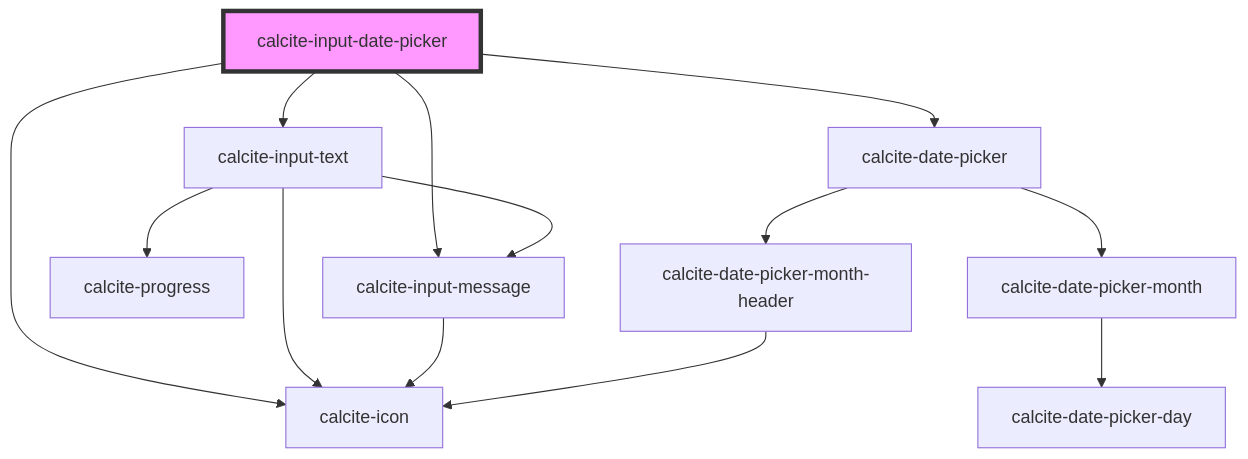
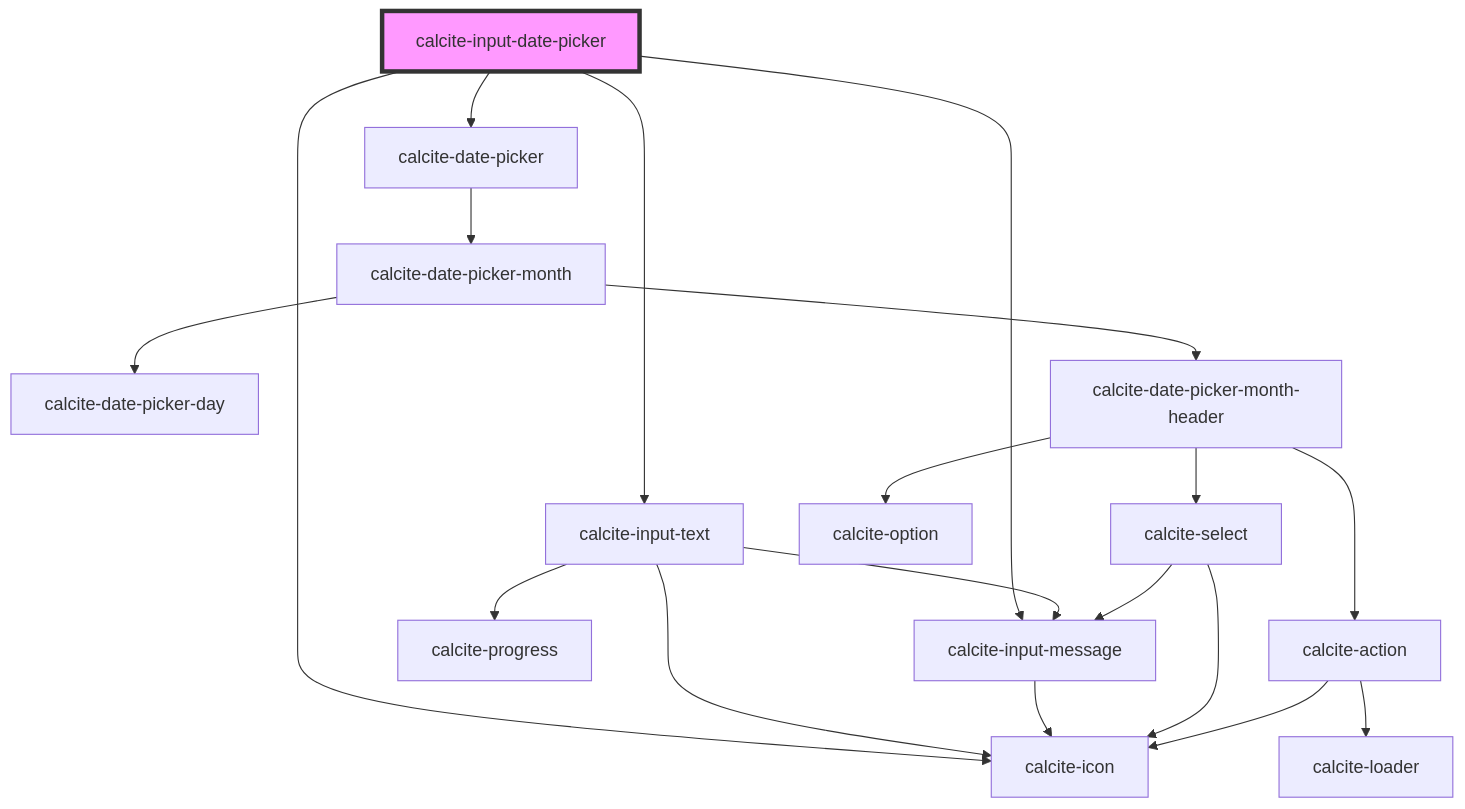
One commit to Esri/calcite-design-system changed the diagram in packages/calcite-components/src/components/input-date-picker/readme.md. Above: the diagram before and after it, drawn with Mermaid. The commit also changed other lines of this file and 10 other files, not shown here.

````diff
--- a/packages/calcite-components/src/components/input-date-picker/readme.md
+++ b/packages/calcite-components/src/components/input-date-picker/readme.md
@@ -86,16 +87,22 @@
 ```mermaid
 graph TD;
   calcite-input-date-picker --> calcite-input-text
   calcite-input-date-picker --> calcite-date-picker
   calcite-input-date-picker --> calcite-icon
   calcite-input-date-picker --> calcite-input-message
   calcite-input-text --> calcite-progress
   calcite-input-text --> calcite-icon
   calcite-input-text --> calcite-input-message
   calcite-input-message --> calcite-icon
-  calcite-date-picker --> calcite-date-picker-month-header
   calcite-date-picker --> calcite-date-picker-month
-  calcite-date-picker-month-header --> calcite-icon
   calcite-date-picker-month --> calcite-date-picker-day
+  calcite-date-picker-month --> calcite-date-picker-month-header
+  calcite-date-picker-month-header --> calcite-select
+  calcite-date-picker-month-header --> calcite-option
+  calcite-date-picker-month-header --> calcite-action
+  calcite-select --> calcite-icon
+  calcite-select --> calcite-input-message
+  calcite-action --> calcite-loader
+  calcite-action --> calcite-icon
   style calcite-input-date-picker fill:#f9f,stroke:#333,stroke-width:4px
 ```
````
